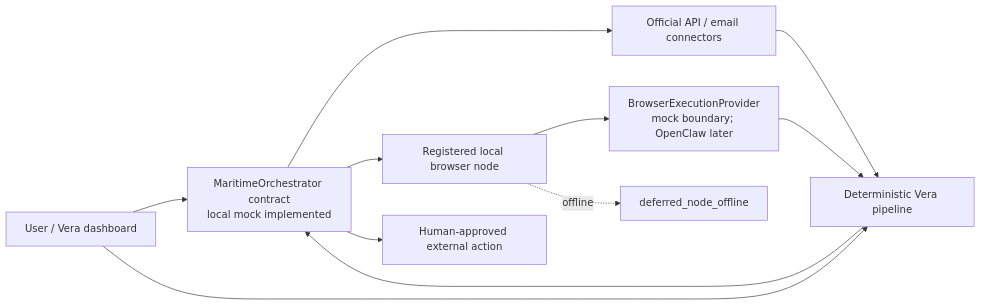
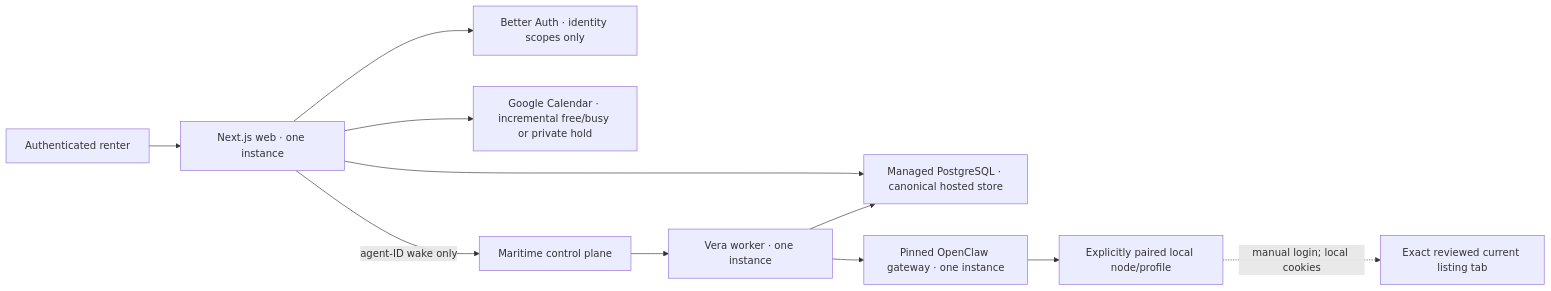
Before and after one commit to zukhriddingit/VeraAI: the first of 3 diagrams in docs/ARCHITECTURE.md, drawn with Mermaid. The commit also changed other lines of this file and 423 other files, not shown here.

````diff
--- a/docs/ARCHITECTURE.md
+++ b/docs/ARCHITECTURE.md
@@ -39,22 +12,13 @@
 ```mermaid
 flowchart LR
-    User["User / Vera dashboard"]
-    Maritime["MaritimeOrchestrator contract<br/>local mock implemented"]
-    API["Official API / email connectors"]
-    Node["Registered local browser node"]
-    OpenClaw["BrowserExecutionProvider<br/>mock boundary; OpenClaw later"]
-    Pipeline["Deterministic Vera pipeline"]
-    Deferred["deferred_node_offline"]
-    Actions["Human-approved external action"]
-
-    User --> Maritime
-    Maritime --> API
-    Maritime --> Node
-    Node --> OpenClaw
-    Node -. offline .-> Deferred
-    API --> Pipeline
-    OpenClaw --> Pipeline
-    User --> Pipeline
-    Pipeline --> Maritime
-    Maritime --> Actions
+  U["Authenticated renter"] --> W["Next.js web · one instance"]
+  W --> A["Better Auth · identity scopes only"]
+  W --> P["Managed PostgreSQL · canonical hosted store"]
+  W --> G["Google Calendar · incremental free/busy or private hold"]
+  W -->|"agent-ID wake only"| M["Maritime control plane"]
+  M --> K["Vera worker · one instance"]
+  K --> P
+  K --> O["Pinned OpenClaw gateway · one instance"]
+  O --> N["Explicitly paired local node/profile"]
+  N -. "manual login; local cookies" .-> S["Exact reviewed current listing tab"]
 ```
````
